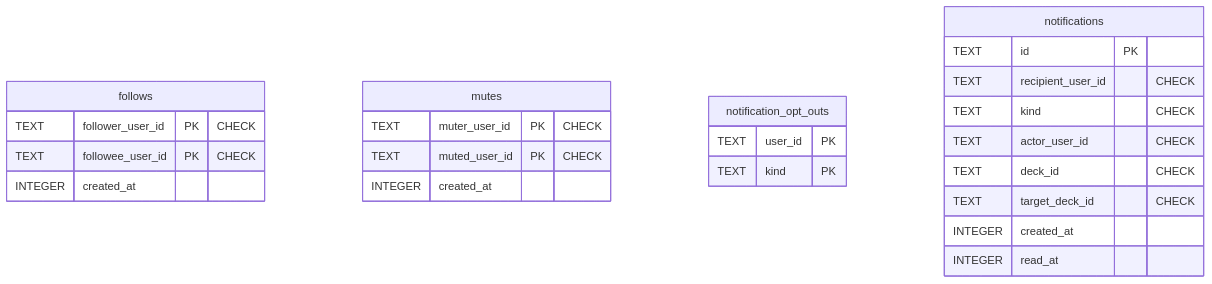
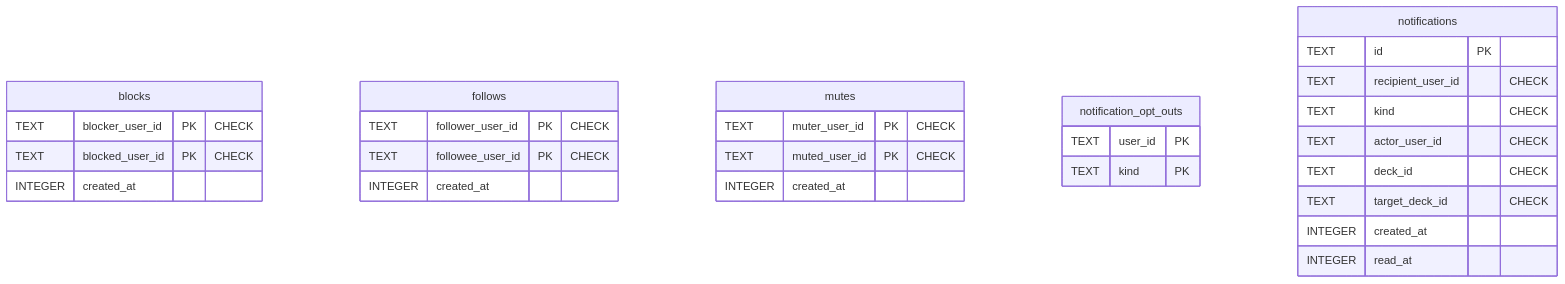
Before and after one commit to piconic-ai/slide: the sixth of 9 diagrams in docs/dev/er-diagram.md, drawn with Mermaid. The commit also changed other lines of this file and 18 other files, not shown here.

````diff
--- a/docs/dev/er-diagram.md
+++ b/docs/dev/er-diagram.md
@@ -327,27 +328,32 @@
 ```mermaid
 erDiagram
+    blocks {
+        TEXT blocker_user_id PK "CHECK"
+        TEXT blocked_user_id PK "CHECK"
+        INTEGER created_at
+    }
     follows {
         TEXT follower_user_id PK "CHECK"
         TEXT followee_user_id PK "CHECK"
         INTEGER created_at
     }
     mutes {
         TEXT muter_user_id PK "CHECK"
         TEXT muted_user_id PK "CHECK"
         INTEGER created_at
     }
     notification_opt_outs {
         TEXT user_id PK
         TEXT kind PK
     }
     notifications {
         TEXT id PK
         TEXT recipient_user_id "CHECK"
         TEXT kind "CHECK"
         TEXT actor_user_id "CHECK"
         TEXT deck_id "CHECK"
         TEXT target_deck_id "CHECK"
         INTEGER created_at
         INTEGER read_at
     }
 ```
````
